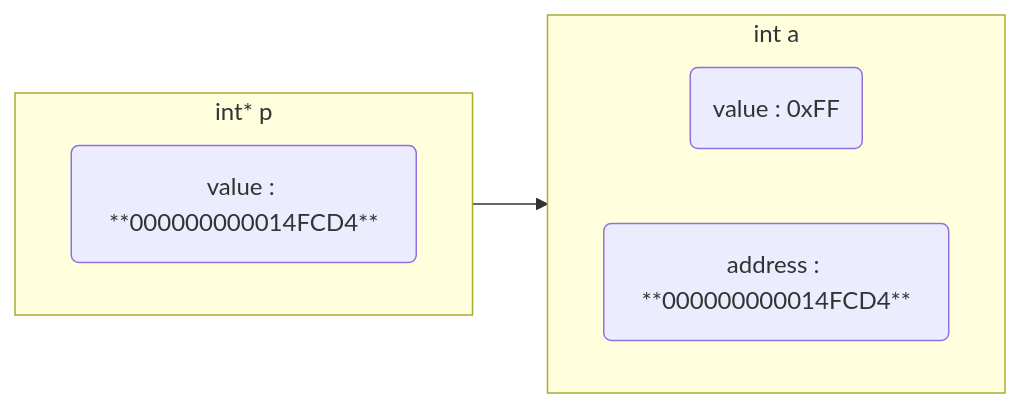
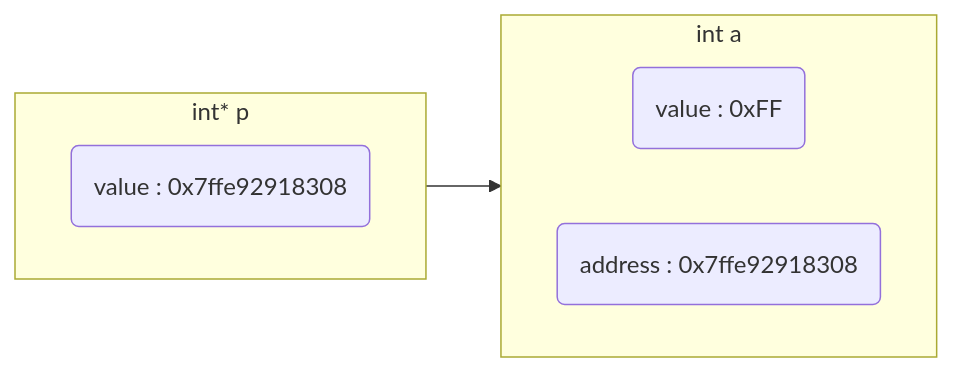
One commit to dmjcb/dmjcb.github.io changed the fourth of 5 diagrams in _posts/language/c_c++/pointer/2022-01-08-指针.md. Above: the diagram before and after it, drawn with Mermaid. The commit also changed other lines of this file and 7 other files, not shown here.

````diff
--- a/_posts/language/c_c++/pointer/2022-01-08-指针.md
+++ b/_posts/language/c_c++/pointer/2022-01-08-指针.md
@@ -124,13 +159,13 @@
 ```mermaid
 graph LR;
     subgraph S1[int a]
         direction LR
         V2(value : 0xFF)
-        A2(address : **000000000014FCD4**)
+        A2(address : 0x7ffe92918308)
     end
     subgraph S2[int* p]
         direction LR
-        V1(value : **000000000014FCD4**)
+        V1(value : 0x7ffe92918308)
     end
-    V1-->A2
+    V1-->S1
 ```
````
